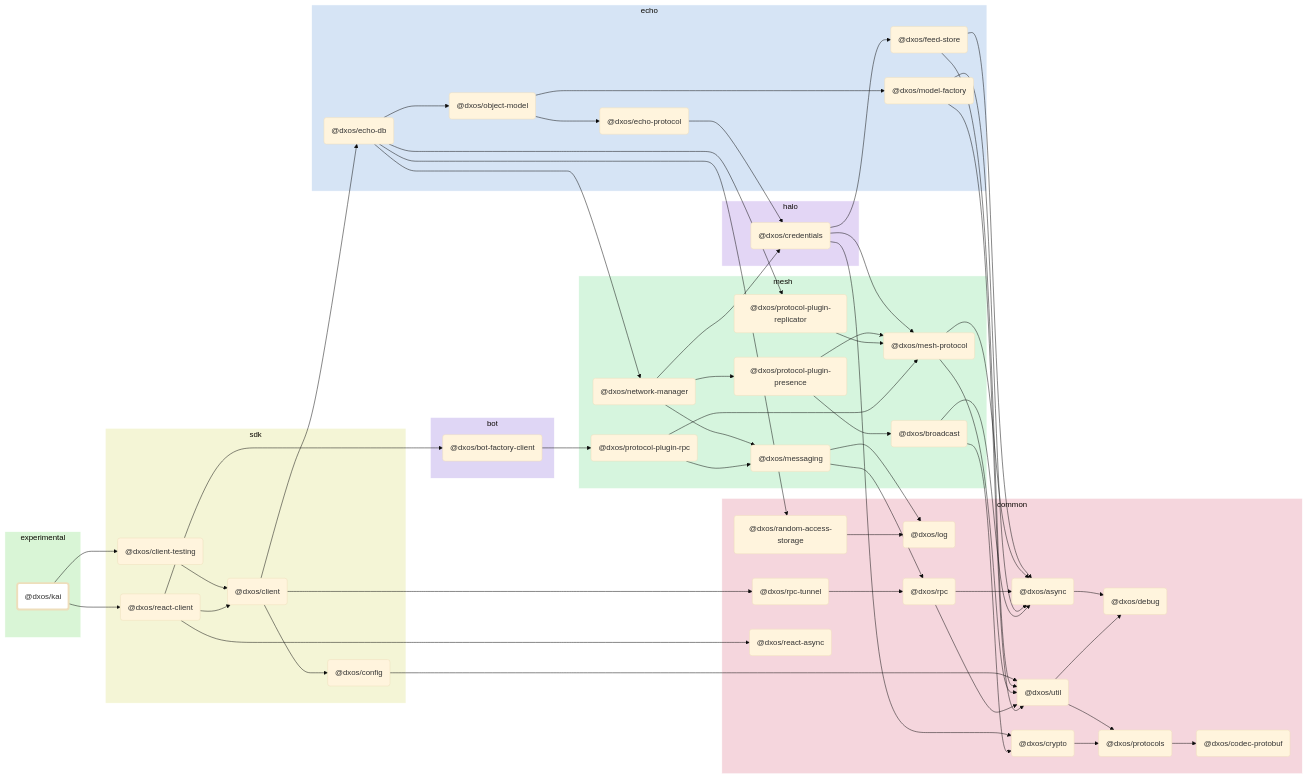
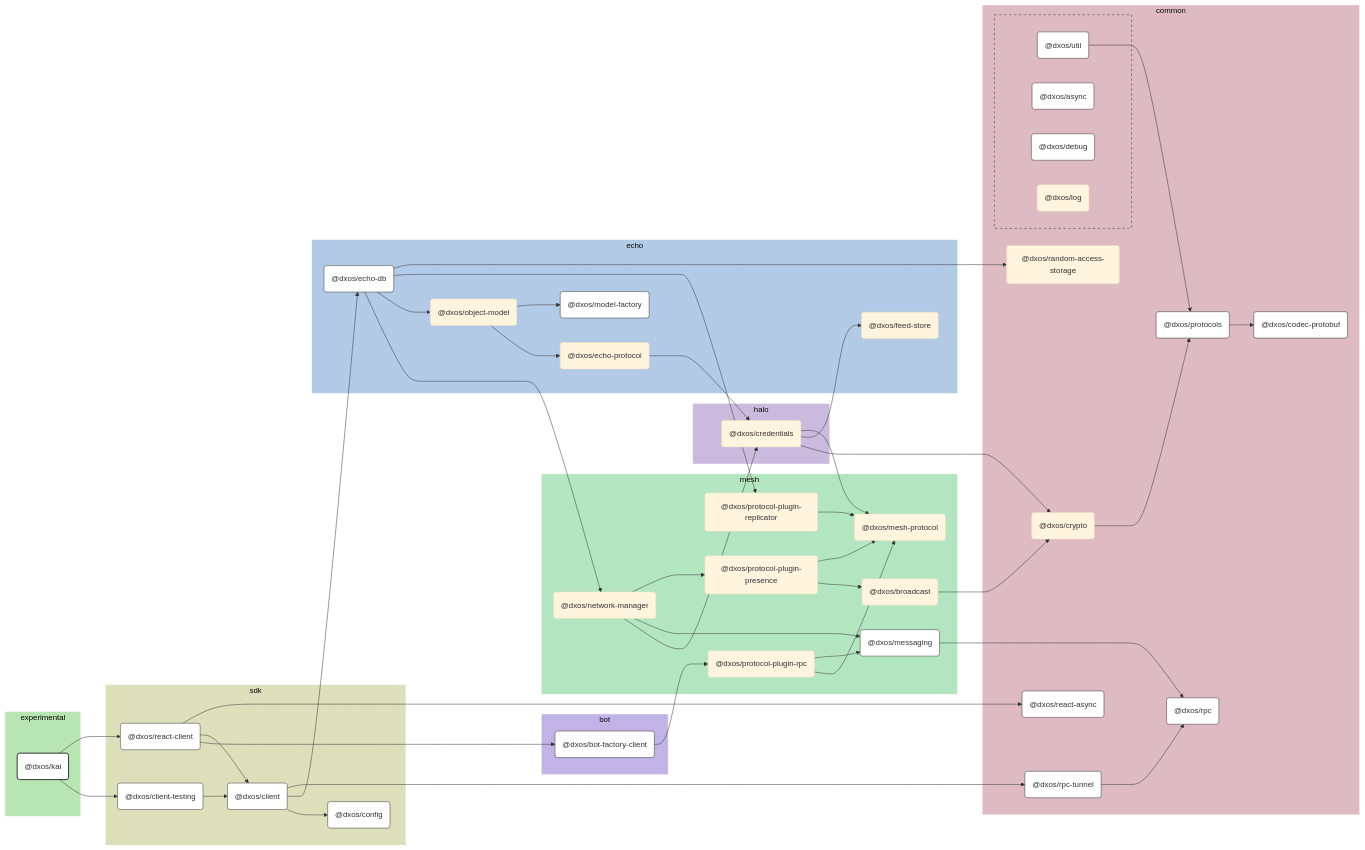
Before and after one commit to dxos/dxos: the diagram in apps/experimental/kai/docs/README.md, drawn with Mermaid (base theme). The commit also changed 100 other files, not shown here.

````diff
--- a/apps/experimental/kai/docs/README.md
+++ b/apps/experimental/kai/docs/README.md
@@ -7,129 +7,155 @@
 ```mermaid
-flowchart LR;
+%%{ init: {'flowchart':{'curve':'basis'}} }%%
 
-style dxos/kai fill:#fff,stroke-width:4px;
+flowchart LR
 
-click dxos/async "https:/github.com/dxos/dxos/tree/main/packages/common/async/docs";
-click dxos/debug "https:/github.com/dxos/dxos/tree/main/packages/common/debug/docs";
-click dxos/client "https:/github.com/dxos/dxos/tree/main/packages/sdk/client/docs";
-click dxos/codec-protobuf "https:/github.com/dxos/dxos/tree/main/packages/common/codec-protobuf/docs";
-click dxos/config "https:/github.com/dxos/dxos/tree/main/packages/sdk/config/docs";
-click dxos/echo-db "https:/github.com/dxos/dxos/tree/main/packages/echo/echo-db/docs";
-click dxos/model-factory "https:/github.com/dxos/dxos/tree/main/packages/echo/model-factory/docs";
-click dxos/protocols "https:/github.com/dxos/dxos/tree/main/packages/common/protocols/docs";
-click dxos/rpc "https:/github.com/dxos/dxos/tree/main/packages/common/rpc/docs";
-click dxos/rpc-tunnel "https:/github.com/dxos/dxos/tree/main/packages/common/rpc-tunnel/docs";
-click dxos/messaging "https:/github.com/dxos/dxos/tree/main/packages/mesh/messaging/docs";
-click dxos/util "https:/github.com/dxos/dxos/tree/main/packages/common/util/docs";
-click dxos/client-testing "https:/github.com/dxos/dxos/tree/main/packages/sdk/client-testing/docs";
-click dxos/react-async "https:/github.com/dxos/dxos/tree/main/packages/common/react-async/docs";
-click dxos/react-client "https:/github.com/dxos/dxos/tree/main/packages/sdk/react-client/docs";
-click dxos/bot-factory-client "https:/github.com/dxos/dxos/tree/main/packages/bot/bot-factory-client/docs";
+%% Links
+dxos/bot-factory-client --> dxos/protocol-plugin-rpc;
+dxos/broadcast --> dxos/crypto;
+dxos/client --> dxos/config;
+dxos/client --> dxos/echo-db;
+dxos/client --> dxos/rpc-tunnel;
+dxos/client-testing --> dxos/client;
+dxos/credentials --> dxos/crypto;
+dxos/credentials --> dxos/feed-store;
+dxos/credentials --> dxos/mesh-protocol;
+dxos/crypto --> dxos/protocols;
+dxos/echo-db --> dxos/network-manager;
+dxos/echo-db --> dxos/object-model;
+dxos/echo-db --> dxos/protocol-plugin-replicator;
+dxos/echo-db --> dxos/random-access-storage;
+dxos/echo-protocol --> dxos/credentials;
+dxos/kai --> dxos/client-testing;
+dxos/kai --> dxos/react-client;
+dxos/messaging --> dxos/rpc;
+dxos/network-manager --> dxos/credentials;
+dxos/network-manager --> dxos/messaging;
+dxos/network-manager --> dxos/protocol-plugin-presence;
+dxos/object-model --> dxos/echo-protocol;
+dxos/object-model --> dxos/model-factory;
+dxos/protocol-plugin-presence --> dxos/broadcast;
+dxos/protocol-plugin-presence --> dxos/mesh-protocol;
+dxos/protocol-plugin-replicator --> dxos/mesh-protocol;
+dxos/protocol-plugin-rpc --> dxos/mesh-protocol;
+dxos/protocol-plugin-rpc --> dxos/messaging;
+dxos/protocols --> dxos/codec-protobuf;
+dxos/react-client --> dxos/bot-factory-client;
+dxos/react-client --> dxos/client;
+dxos/react-client --> dxos/react-async;
+dxos/rpc-tunnel --> dxos/rpc;
+dxos/util --> dxos/protocols;
 
+%% Sections
 subgraph experimental
-  style experimental fill:#d9f5d6,stroke:#fff;
-  dxos/kai("@dxos/kai");
+  style experimental fill:#b8e6b3,stroke:#fff;
+
+  dxos/kai("@dxos/kai")
 end
 
 subgraph common
-  style common fill:#f5d6dd,stroke:#fff;
-  dxos/async("@dxos/async");
-  dxos/debug("@dxos/debug");
-  dxos/codec-protobuf("@dxos/codec-protobuf");
-  dxos/protocols("@dxos/protocols");
-  dxos/util("@dxos/util");
-  dxos/log("@dxos/log");
-  dxos/crypto("@dxos/crypto");
-  dxos/rpc("@dxos/rpc");
-  dxos/random-access-storage("@dxos/random-access-storage");
-  dxos/rpc-tunnel("@dxos/rpc-tunnel");
-  dxos/react-async("@dxos/react-async");
+  style common fill:#debac2,stroke:#fff;
+
+  dxos/codec-protobuf("@dxos/codec-protobuf")
+  dxos/crypto("@dxos/crypto")
+  dxos/protocols("@dxos/protocols")
+  dxos/random-access-storage("@dxos/random-access-storage")
+  dxos/react-async("@dxos/react-async")
+  dxos/rpc("@dxos/rpc")
+  dxos/rpc-tunnel("@dxos/rpc-tunnel")
+
+  subgraph common-excluded [ ]
+    style common-excluded fill:#debac2,stroke:#333,stroke-dasharray:5 5;
+
+    dxos/async("@dxos/async")
+    dxos/debug("@dxos/debug")
+    dxos/log("@dxos/log")
+    dxos/util("@dxos/util")
+  end
 end
 
 subgraph sdk
-  style sdk fill:#f4f5d6,stroke:#fff;
-  dxos/client("@dxos/client");
-  dxos/config("@dxos/config");
-  dxos/client-testing("@dxos/client-testing");
-  dxos/react-client("@dxos/react-client");
+  style sdk fill:#dddeba,stroke:#fff;
+
+  dxos/client("@dxos/client")
+  dxos/client-testing("@dxos/client-testing")
+  dxos/config("@dxos/config")
+  dxos/react-client("@dxos/react-client")
 end
 
 subgraph echo
-  style echo fill:#d6e4f5,stroke:#fff;
-  dxos/echo-db("@dxos/echo-db");
-  dxos/feed-store("@dxos/feed-store");
-  dxos/echo-protocol("@dxos/echo-protocol");
-  dxos/model-factory("@dxos/model-factory");
-  dxos/object-model("@dxos/object-model");
+  style echo fill:#b3cae6,stroke:#fff;
+
+  dxos/echo-db("@dxos/echo-db")
+  dxos/echo-protocol("@dxos/echo-protocol")
+  dxos/feed-store("@dxos/feed-store")
+  dxos/model-factory("@dxos/model-factory")
+  dxos/object-model("@dxos/object-model")
 end
 
 subgraph halo
-  style halo fill:#e3d6f5,stroke:#fff;
-  dxos/credentials("@dxos/credentials");
+  style halo fill:#cabade,stroke:#fff;
+
+  dxos/credentials("@dxos/credentials")
 end
 
 subgraph mesh
-  style mesh fill:#d6f5de,stroke:#fff;
-  dxos/mesh-protocol("@dxos/mesh-protocol");
-  dxos/messaging("@dxos/messaging");
-  dxos/network-manager("@dxos/network-manager");
-  dxos/protocol-plugin-presence("@dxos/protocol-plugin-presence");
-  dxos/broadcast("@dxos/broadcast");
-  dxos/protocol-plugin-replicator("@dxos/protocol-plugin-replicator");
-  dxos/protocol-plugin-rpc("@dxos/protocol-plugin-rpc");
+  style mesh fill:#b3e6c0,stroke:#fff;
+
+  dxos/broadcast("@dxos/broadcast")
+  dxos/mesh-protocol("@dxos/mesh-protocol")
+  dxos/messaging("@dxos/messaging")
+  dxos/network-manager("@dxos/network-manager")
+  dxos/protocol-plugin-presence("@dxos/protocol-plugin-presence")
+  dxos/protocol-plugin-replicator("@dxos/protocol-plugin-replicator")
+  dxos/protocol-plugin-rpc("@dxos/protocol-plugin-rpc")
 end
 
 subgraph bot
-  style bot fill:#dfd6f5,stroke:#fff;
-  dxos/bot-factory-client("@dxos/bot-factory-client");
+  style bot fill:#c2b3e6,stroke:#fff;
+
+  dxos/bot-factory-client("@dxos/bot-factory-client")
 end
 
-dxos/async --> dxos/debug;
-dxos/client --> dxos/config;
-dxos/protocols --> dxos/codec-protobuf;
-dxos/config --> dxos/util;
-dxos/util --> dxos/debug;
-dxos/util --> dxos/protocols;
-dxos/client --> dxos/echo-db;
-dxos/credentials --> dxos/crypto;
-dxos/crypto --> dxos/protocols;
-dxos/credentials --> dxos/feed-store;
-dxos/feed-store --> dxos/async;
-dxos/feed-store --> dxos/util;
-dxos/credentials --> dxos/mesh-protocol;
-dxos/mesh-protocol --> dxos/async;
-dxos/mesh-protocol --> dxos/util;
-dxos/echo-protocol --> dxos/credentials;
-dxos/messaging --> dxos/log;
-dxos/messaging --> dxos/rpc;
-dxos/rpc --> dxos/async;
-dxos/rpc --> dxos/util;
-dxos/model-factory --> dxos/async;
-dxos/model-factory --> dxos/util;
-dxos/echo-db --> dxos/network-manager;
-dxos/network-manager --> dxos/credentials;
-dxos/network-manager --> dxos/messaging;
-dxos/network-manager --> dxos/protocol-plugin-presence;
-dxos/protocol-plugin-presence --> dxos/broadcast;
-dxos/broadcast --> dxos/async;
-dxos/broadcast --> dxos/crypto;
-dxos/protocol-plugin-presence --> dxos/mesh-protocol;
-dxos/echo-db --> dxos/object-model;
-dxos/object-model --> dxos/echo-protocol;
-dxos/object-model --> dxos/model-factory;
-dxos/echo-db --> dxos/protocol-plugin-replicator;
-dxos/protocol-plugin-replicator --> dxos/mesh-protocol;
-dxos/echo-db --> dxos/random-access-storage;
-dxos/random-access-storage --> dxos/log;
-dxos/client --> dxos/rpc-tunnel;
-dxos/rpc-tunnel --> dxos/rpc;
-dxos/kai --> dxos/client-testing;
-dxos/client-testing --> dxos/client;
-dxos/kai --> dxos/react-client;
-dxos/react-client --> dxos/bot-factory-client;
-dxos/bot-factory-client --> dxos/protocol-plugin-rpc;
-dxos/protocol-plugin-rpc --> dxos/messaging;
-dxos/protocol-plugin-rpc --> dxos/mesh-protocol;
-dxos/react-client --> dxos/client;
-dxos/react-client --> dxos/react-async;
+
+%% Hyperlinks
+click dxos/async href "https:/github.com/dxos/dxos/tree/main/packages/common/async/docs";
+click dxos/bot-factory-client href "https:/github.com/dxos/dxos/tree/main/packages/bot/bot-factory-client/docs";
+click dxos/client href "https:/github.com/dxos/dxos/tree/main/packages/sdk/client/docs";
+click dxos/client-testing href "https:/github.com/dxos/dxos/tree/main/packages/sdk/client-testing/docs";
+click dxos/codec-protobuf href "https:/github.com/dxos/dxos/tree/main/packages/common/codec-protobuf/docs";
+click dxos/config href "https:/github.com/dxos/dxos/tree/main/packages/sdk/config/docs";
+click dxos/debug href "https:/github.com/dxos/dxos/tree/main/packages/common/debug/docs";
+click dxos/echo-db href "https:/github.com/dxos/dxos/tree/main/packages/echo/echo-db/docs";
+click dxos/messaging href "https:/github.com/dxos/dxos/tree/main/packages/mesh/messaging/docs";
+click dxos/model-factory href "https:/github.com/dxos/dxos/tree/main/packages/echo/model-factory/docs";
+click dxos/protocols href "https:/github.com/dxos/dxos/tree/main/packages/common/protocols/docs";
+click dxos/react-async href "https:/github.com/dxos/dxos/tree/main/packages/common/react-async/docs";
+click dxos/react-client href "https:/github.com/dxos/dxos/tree/main/packages/sdk/react-client/docs";
+click dxos/rpc href "https:/github.com/dxos/dxos/tree/main/packages/common/rpc/docs";
+click dxos/rpc-tunnel href "https:/github.com/dxos/dxos/tree/main/packages/common/rpc-tunnel/docs";
+click dxos/util href "https:/github.com/dxos/dxos/tree/main/packages/common/util/docs";
+
+%% Styles
+classDef rootNode fill:#fff,stroke:#333,stroke-width:2px
+classDef defaultNode fill:#fff,stroke:#333,stroke-width:1px
+linkStyle default stroke:#333,stroke-width:1px
+
+dxos/kai:::rootNode
+
+dxos/async:::defaultNode
+dxos/bot-factory-client:::defaultNode
+dxos/client:::defaultNode
+dxos/client-testing:::defaultNode
+dxos/codec-protobuf:::defaultNode
+dxos/config:::defaultNode
+dxos/debug:::defaultNode
+dxos/echo-db:::defaultNode
+dxos/messaging:::defaultNode
+dxos/model-factory:::defaultNode
+dxos/protocols:::defaultNode
+dxos/react-async:::defaultNode
+dxos/react-client:::defaultNode
+dxos/rpc:::defaultNode
+dxos/rpc-tunnel:::defaultNode
+dxos/util:::defaultNode
 ```
````
